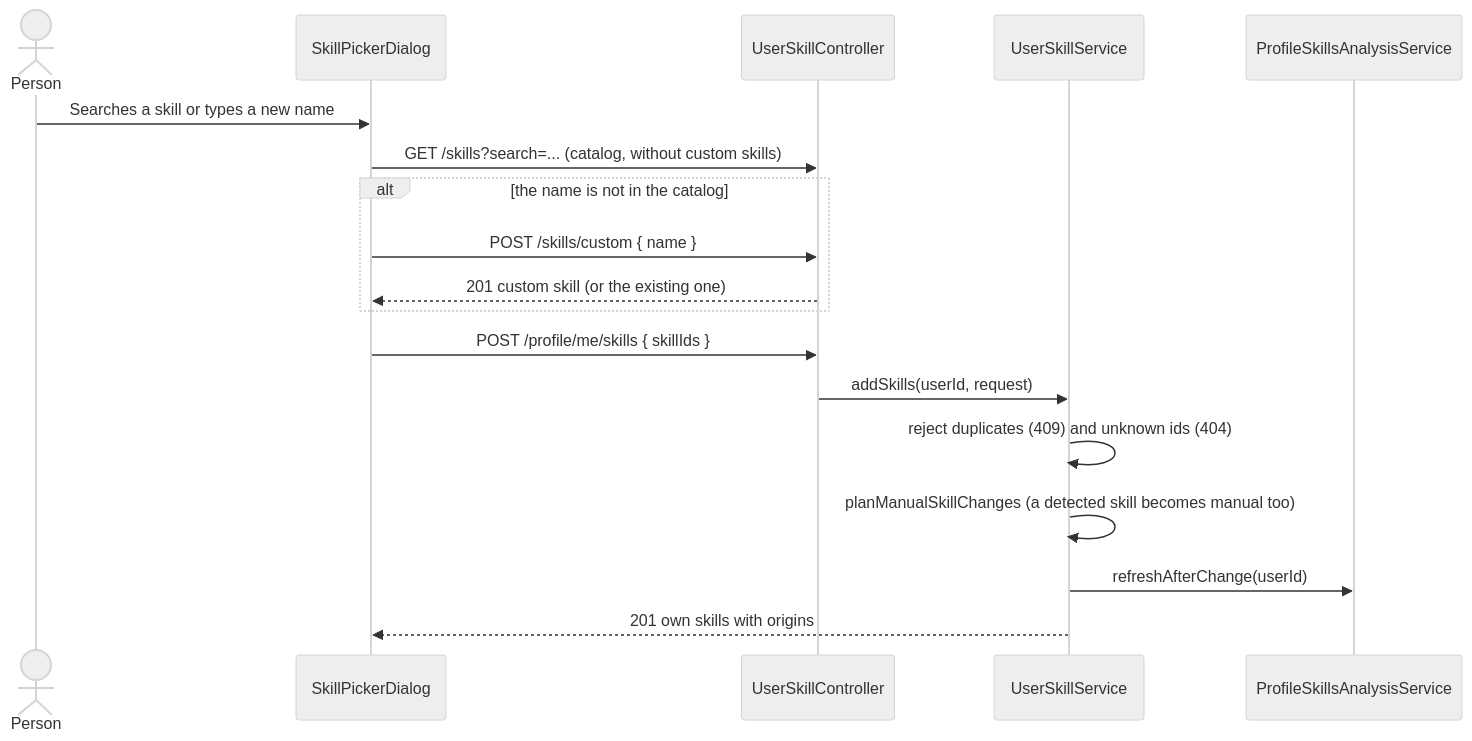
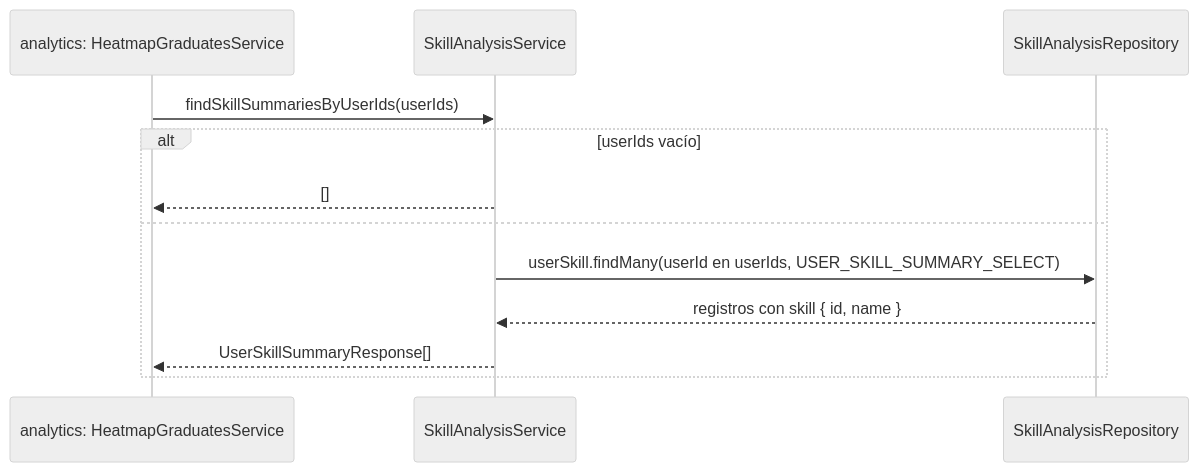
Before and after one commit to UMSSY/umssy-app: the second of 2 diagrams in docs/skills/README.md, drawn with Mermaid (neutral theme). The commit also changed other lines of this file and 521 other files, not shown here.

Commit message:
refactor(analytics): consolidate heatmap contracts and mail constants

````diff
--- a/docs/skills/README.md
+++ b/docs/skills/README.md
@@ -53,20 +25,14 @@
 ```mermaid
 sequenceDiagram
-  actor U as Person
-  participant F as SkillPickerDialog
-  participant C as UserSkillController
-  participant S as UserSkillService
-  participant N as ProfileSkillsAnalysisService
-  U->>F: Searches a skill or types a new name
-  F->>C: GET /skills?search=... (catalog, without custom skills)
-  alt the name is not in the catalog
-    F->>C: POST /skills/custom { name }
-    C-->>F: 201 custom skill (or the existing one)
+  participant AN as analytics: HeatmapGraduatesService
+  participant S as SkillAnalysisService
+  participant R as SkillAnalysisRepository
+  AN->>S: findSkillSummariesByUserIds(userIds)
+  alt userIds vacío
+    S-->>AN: []
+  else
+    S->>R: userSkill.findMany(userId en userIds, USER_SKILL_SUMMARY_SELECT)
+    R-->>S: registros con skill { id, name }
+    S-->>AN: UserSkillSummaryResponse[]
   end
-  F->>C: POST /profile/me/skills { skillIds }
-  C->>S: addSkills(userId, request)
-  S->>S: reject duplicates (409) and unknown ids (404)
-  S->>S: planManualSkillChanges (a detected skill becomes manual too)
-  S->>N: refreshAfterChange(userId)
-  S-->>F: 201 own skills with origins
 ```
````
